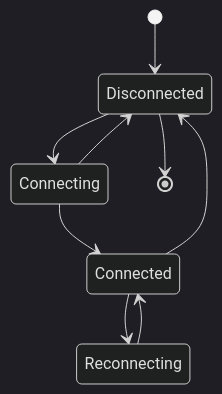
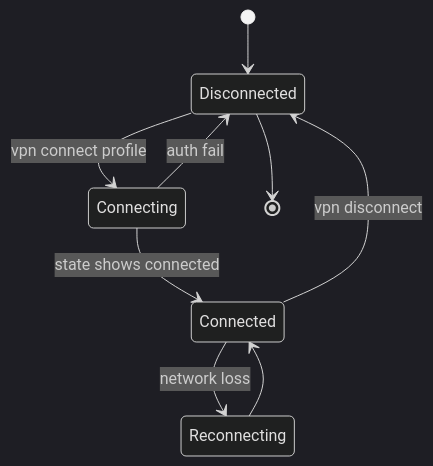
The second of 4 diagrams in docs/vpn-solutions/cisco-anyconnect.md (roto31/Tunnel-Monitor---Universal), drawn with Mermaid (dark theme) before and after one commit. The commit also changed other lines of this file and 25 other files, not shown here.

First line of the commit message:
Docs: add vendor citations, topology SVGs, and updated Mermaid.

````diff
--- a/docs/vpn-solutions/cisco-anyconnect.md
+++ b/docs/vpn-solutions/cisco-anyconnect.md
@@ -31,11 +36,11 @@
 ```mermaid
 stateDiagram-v2
     [*] --> Disconnected
-    Disconnected --> Connecting
-    Connecting --> Connected
-    Connecting --> Disconnected
-    Connected --> Reconnecting
+    Disconnected --> Connecting: vpn connect profile
+    Connecting --> Connected: state shows connected
+    Connecting --> Disconnected: auth fail
+    Connected --> Reconnecting: network loss
     Reconnecting --> Connected
-    Connected --> Disconnected
+    Connected --> Disconnected: vpn disconnect
     Disconnected --> [*]
 ```
````
